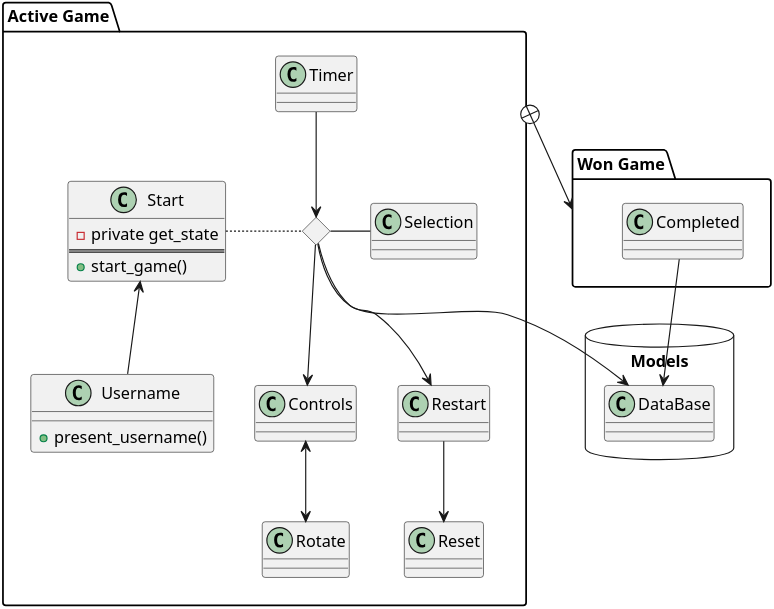
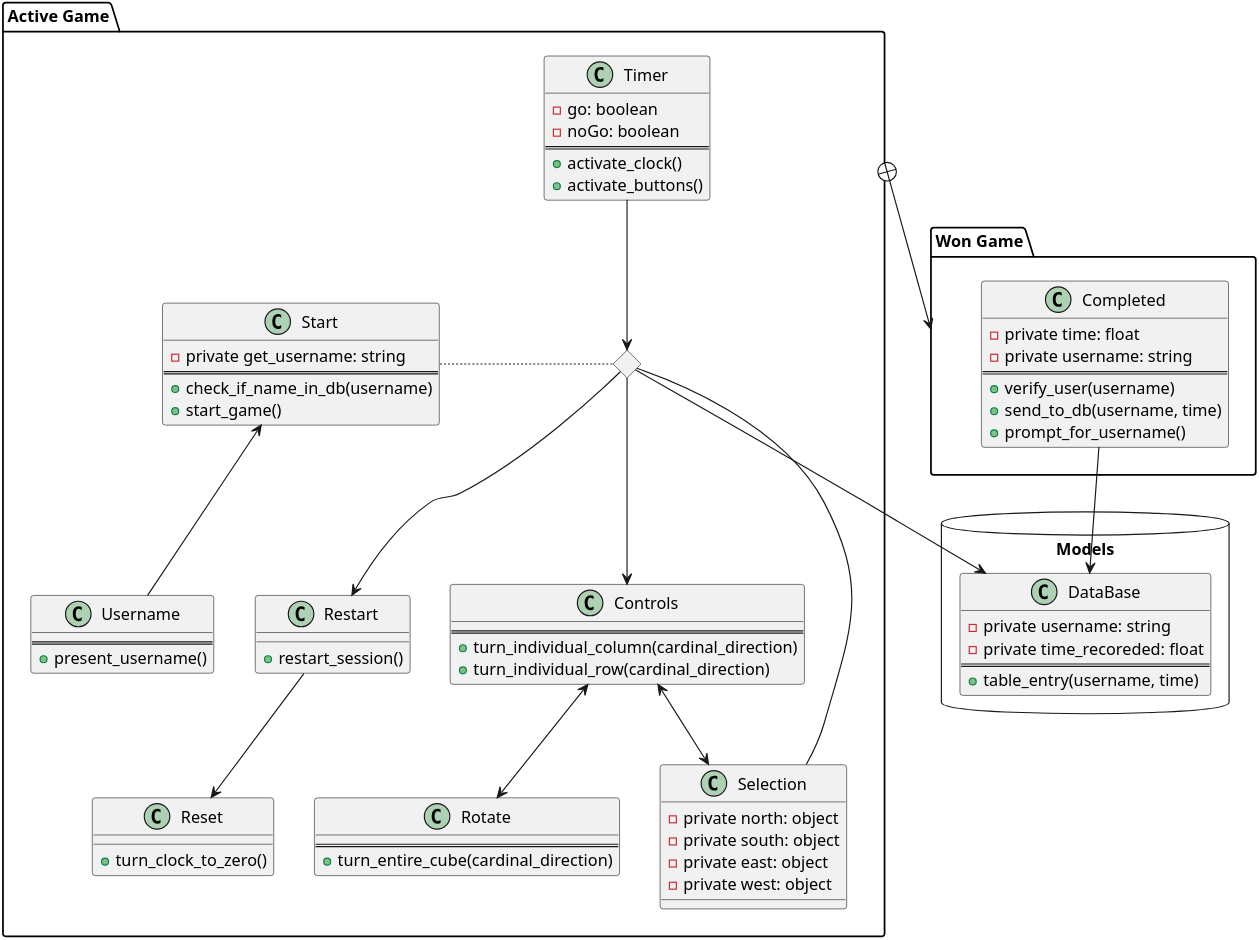
The third of 5 diagrams in rubiks_des.org (djhunter67/Softeare-Engineering-Rubiks-Cube), drawn with PlantUML before and after one commit. The commit also changed other lines of this file and 5 other files, not shown here.

Commit message:
starting the DataBase design

```diff
--- a/rubiks_des.org
+++ b/rubiks_des.org
@@ -138,48 +135,86 @@
 #+BEGIN_SRC plantuml :file game_design.png
 
-        scale 600
+         scale 600
 
-        package "Active Game" as AG {
-           class Start {
-           -private get_state	 
-           ==
-           +start_game()	
-           }
-           class Username {
-           +present_username()
-           }  
-           class Restart {}
-           class Reset {}
-               class Timer {}
-           class Selection {}
-           class Rotate {}
-           class Controls {}
-           class Quit {}
-                <> diamond
-  }
-           package Models <<Database>>{
-           class DataBase {} 
-           }
+         package "Active Game" as AG {
+            class Start {
+            -private get_username: string	 
+            ==
+                +check_if_name_in_db(username)
+            +start_game()	
+            }
+            class Username {
+	        ==
+            +present_username()
+            }  
+            class Restart {
+          +restart_session()
+            }
+            class Reset {
+          +turn_clock_to_zero()
+            }
+                class Timer {
+              -go: boolean
+                  -noGo: boolean
+            ==
+              +activate_clock()
+                  +activate_buttons()
+                }
+            class Selection {
+          -private north: object
+        -private south: object
+      -private east: object
+    -private west: object
+            }
+            class Rotate {
+          ==
+          +turn_entire_cube(cardinal_direction)
+            }
+            class Controls {
+          ==
+        +turn_individual_column(cardinal_direction)
+        +turn_individual_row(cardinal_direction)
+            }
+            class Quit {
+          ==
+        +exit_app()
+            }
+                 <> diamond
+   }
+            package Models <<Database>>{
+            class DataBase {
+          -private username: string
+        -private time_recoreded: float
+      ==
+    +table_entry(username, time)
+            } 
+            }
 
-    package "Won Game" as WG {
-           class Completed {}
-         }
-
-
-          Start . diamond
-          diamond - Selection
-          diamond --> DataBase
-          diamond --> Controls
-              diamond --> Restart
-          Controls <--> Rotate
-          Restart --> Reset
-            Timer --> diamond
-        Start <-- Username
-        AG +--> WG
-     Completed  --> DataBase
-   hide @unlinked
+     package "Won Game" as WG {
+            class Completed {
+          -private time: float
+        -private username: string
+      ==
+    +verify_user(username)
+  +send_to_db(username, time)
+                   +prompt_for_username()
+            }
+          }
+           Start . diamond
+           diamond - Selection
+           diamond --> DataBase
+           diamond --> Controls
+               diamond --> Restart
+           Controls <--> Rotate
+         Controls <-->Selection
+           Restart --> Reset
+             Timer --> diamond
+         Start <-- Username
+         AG +--> WG
+      Completed  --> DataBase
+    hide @unlinked
 
 
 
 
 #+END_SRC
```
